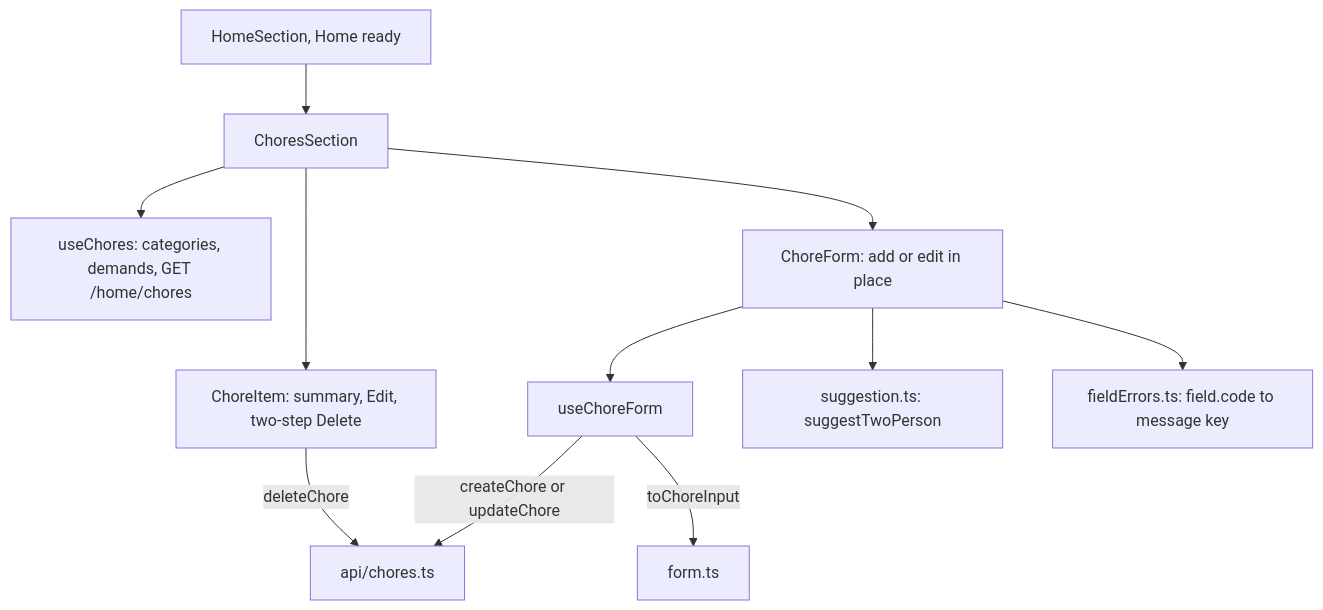
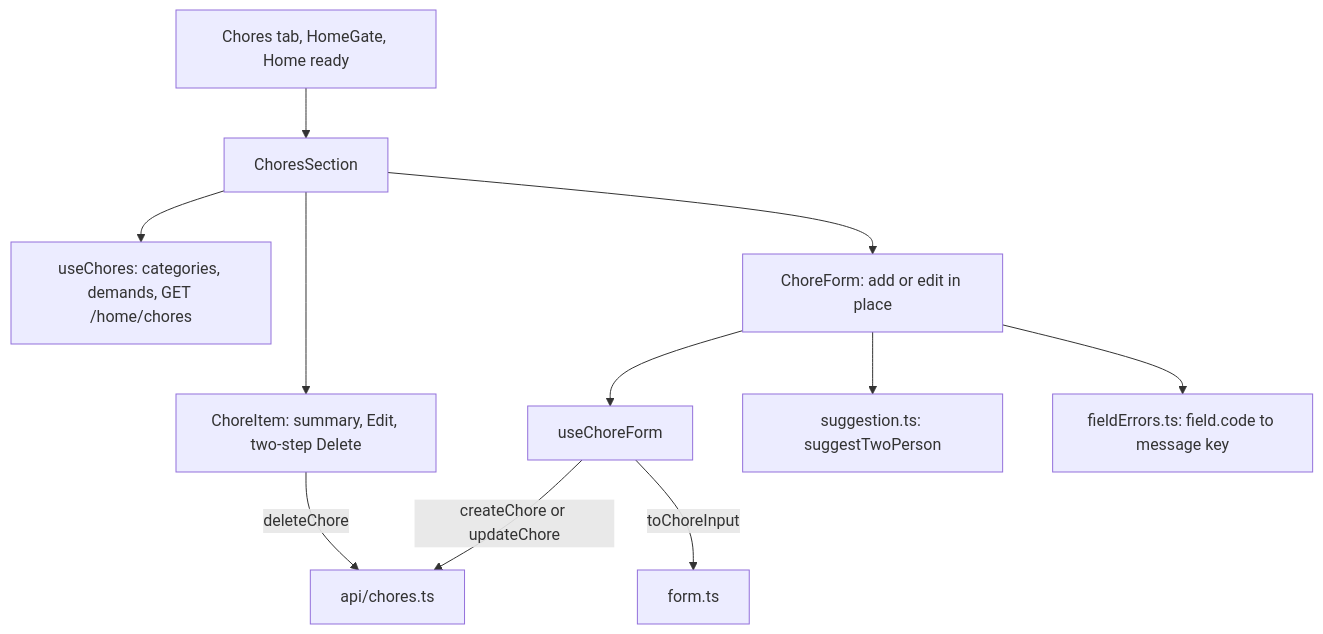
Before and after one commit to AbnerWillclefy/Homeowner: the seventh of 10 diagrams in docs/architecture/web.md, drawn with Mermaid. The commit also changed other lines of this file and 3 other files, not shown here.

Commit message:
docs(architecture): describe the router, shell and route guard

````diff
--- a/docs/architecture/web.md
+++ b/docs/architecture/web.md
@@ -234,13 +270,13 @@
 ```mermaid
 flowchart TD
-    HS[HomeSection, Home ready] --> CS[ChoresSection]
+    HS[Chores tab, HomeGate, Home ready] --> CS[ChoresSection]
     CS --> UC[useChores: categories, demands, GET /home/chores]
     CS --> ITEM[ChoreItem: summary, Edit, two-step Delete]
     CS --> FORM[ChoreForm: add or edit in place]
     ITEM -->|deleteChore| API[api/chores.ts]
     FORM --> UF[useChoreForm]
     UF -->|toChoreInput| MAP[form.ts]
     UF -->|createChore or updateChore| API
     FORM --> SUG[suggestion.ts: suggestTwoPerson]
     FORM --> FE[fieldErrors.ts: field.code to message key]
 ```
````
